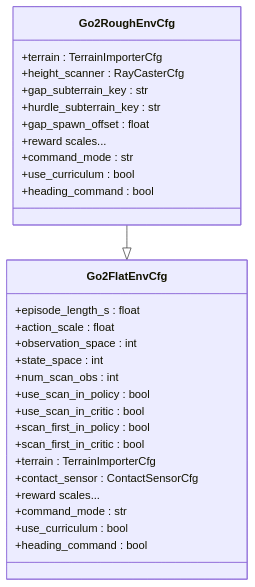
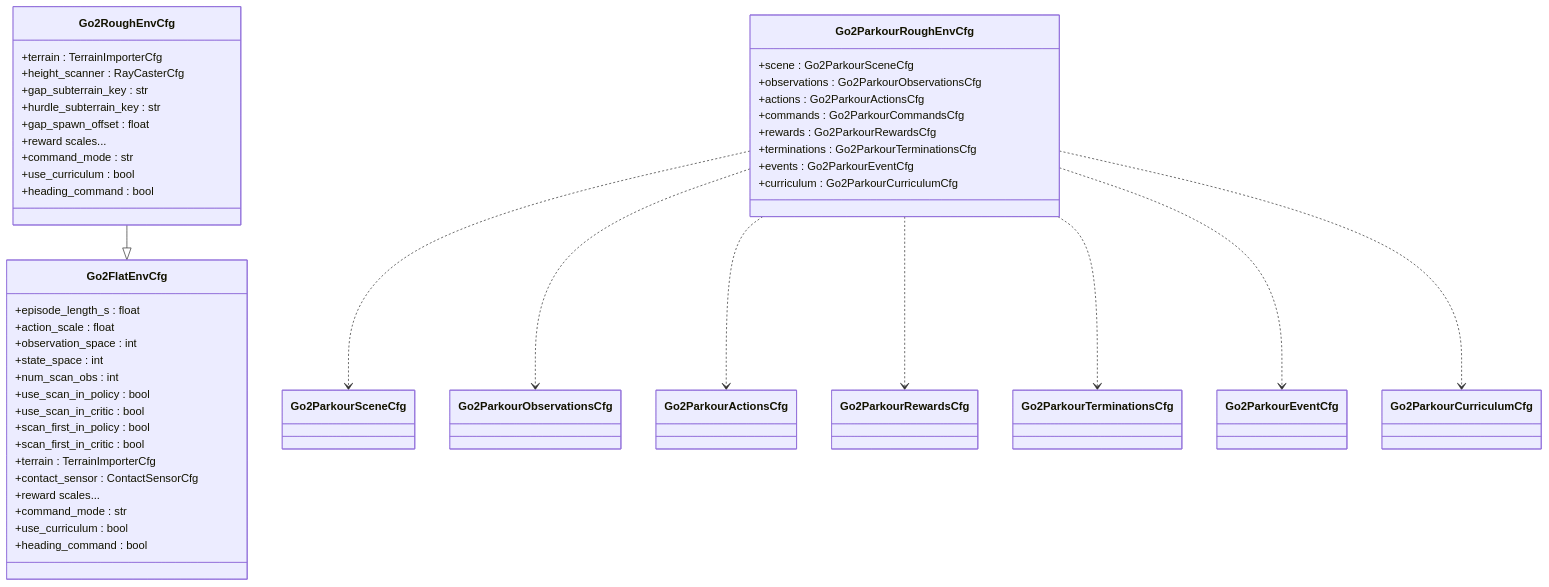
One commit to jayjayhust/extreme-quadruped-parkour changed the sixth of 9 diagrams in .qoder/repowiki/en/content/Go2 Environment System/Go2 Environment System.md. Above: the diagram before and after it, drawn with Mermaid. The commit also changed other lines of this file and 444 other files, not shown here.

````diff
--- a/.qoder/repowiki/en/content/Go2 Environment System/Go2 Environment System.md
+++ b/.qoder/repowiki/en/content/Go2 Environment System/Go2 Environment System.md
@@ -261,32 +375,49 @@
 ```mermaid
 classDiagram
 class Go2FlatEnvCfg {
 +episode_length_s : float
 +action_scale : float
 +observation_space : int
 +state_space : int
 +num_scan_obs : int
 +use_scan_in_policy : bool
 +use_scan_in_critic : bool
 +scan_first_in_policy : bool
 +scan_first_in_critic : bool
 +terrain : TerrainImporterCfg
 +contact_sensor : ContactSensorCfg
 +reward scales...
 +command_mode : str
 +use_curriculum : bool
 +heading_command : bool
 }
 class Go2RoughEnvCfg {
 +terrain : TerrainImporterCfg
 +height_scanner : RayCasterCfg
 +gap_subterrain_key : str
 +hurdle_subterrain_key : str
 +gap_spawn_offset : float
 +reward scales...
 +command_mode : str
 +use_curriculum : bool
 +heading_command : bool
 }
+class Go2ParkourRoughEnvCfg {
++scene : Go2ParkourSceneCfg
++observations : Go2ParkourObservationsCfg
++actions : Go2ParkourActionsCfg
++commands : Go2ParkourCommandsCfg
++rewards : Go2ParkourRewardsCfg
++terminations : Go2ParkourTerminationsCfg
++events : Go2ParkourEventCfg
++curriculum : Go2ParkourCurriculumCfg
+}
 Go2RoughEnvCfg --|> Go2FlatEnvCfg
+Go2ParkourRoughEnvCfg ..> Go2ParkourSceneCfg
+Go2ParkourRoughEnvCfg ..> Go2ParkourObservationsCfg
+Go2ParkourRoughEnvCfg ..> Go2ParkourActionsCfg
+Go2ParkourRoughEnvCfg ..> Go2ParkourRewardsCfg
+Go2ParkourRoughEnvCfg ..> Go2ParkourTerminationsCfg
+Go2ParkourRoughEnvCfg ..> Go2ParkourEventCfg
+Go2ParkourRoughEnvCfg ..> Go2ParkourCurriculumCfg
 ```
````
